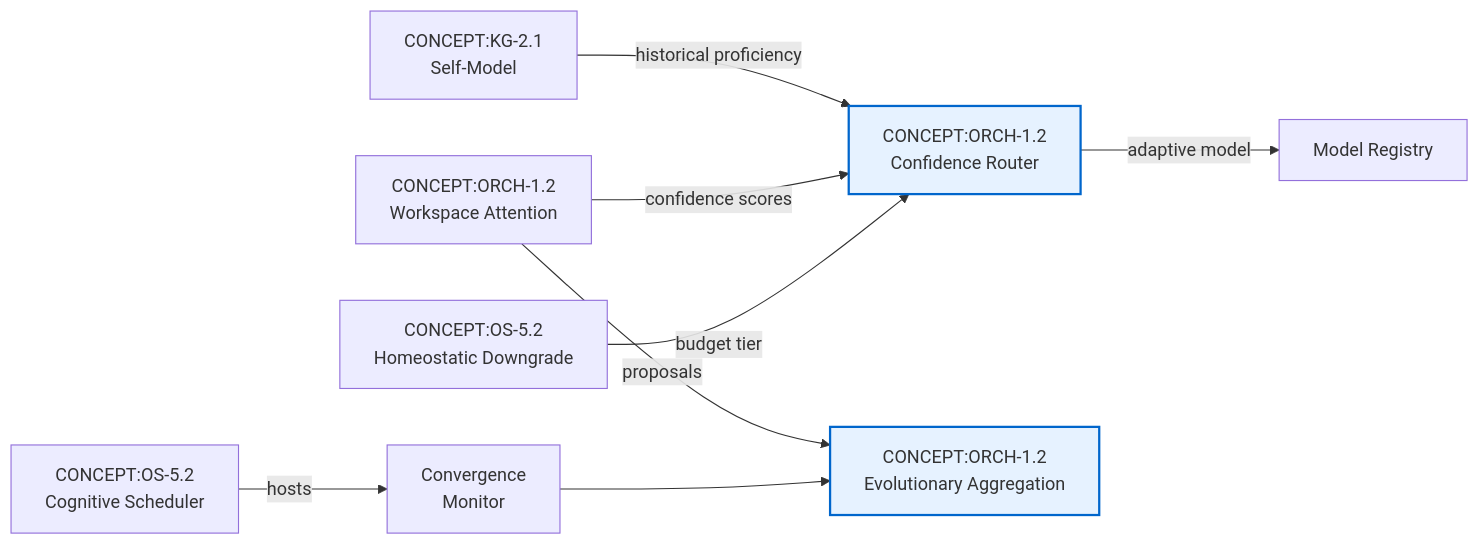
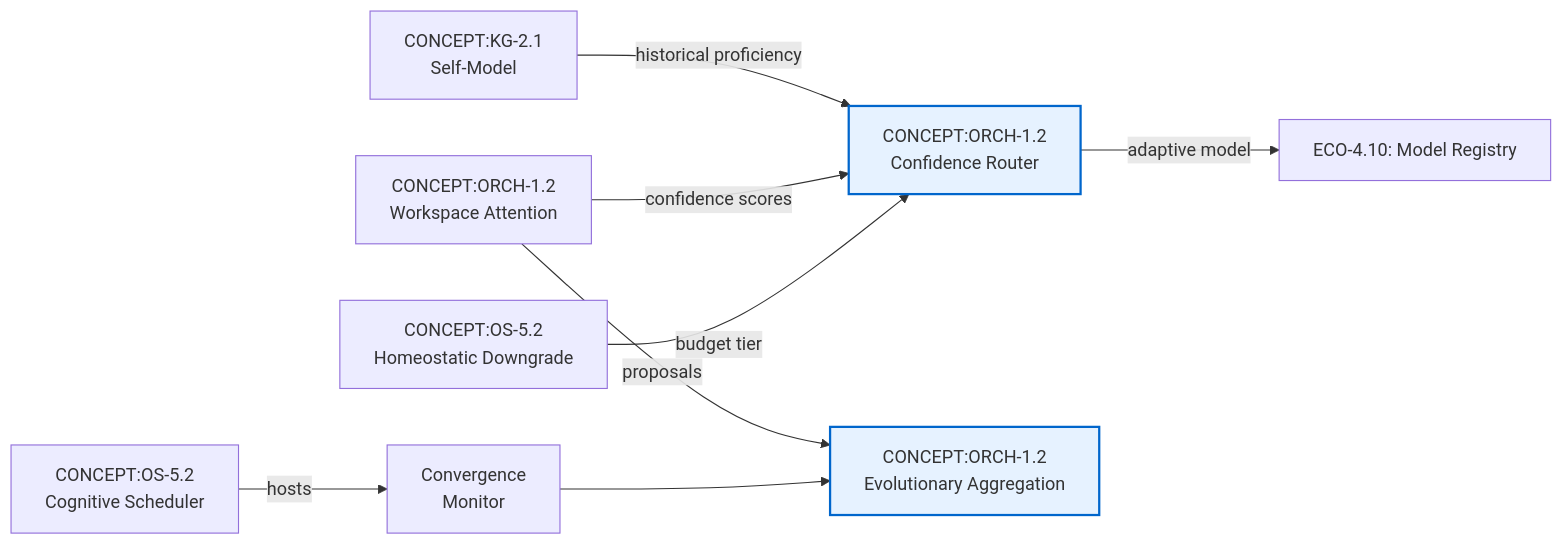
The third of 3 diagrams in docs/guides/squeeze-evolve-routing.md (Knuckles-Team/agent-utilities), drawn with Mermaid before and after one commit. The commit also changed other lines of this file and 325 other files, not shown here.

````diff
--- a/docs/guides/squeeze-evolve-routing.md
+++ b/docs/guides/squeeze-evolve-routing.md
@@ -181,13 +181,13 @@
 ```mermaid
 graph LR
     AU016[CONCEPT:KG-2.1<br/>Self-Model] -->|historical proficiency| AU039
     AU017[CONCEPT:ORCH-1.2<br/>Workspace Attention] -->|confidence scores| AU039[CONCEPT:ORCH-1.2<br/>Confidence Router]
     AU017 -->|proposals| AU040[CONCEPT:ORCH-1.2<br/>Evolutionary Aggregation]
     AU033[CONCEPT:OS-5.2<br/>Homeostatic Downgrade] -->|budget tier| AU039
     AU030[CONCEPT:OS-5.2<br/>Cognitive Scheduler] -->|hosts| CM[Convergence<br/>Monitor]
     CM --> AU040
-    AU039 -->|adaptive model| REG[Model Registry]
+    AU039 -->|adaptive model| REG[ECO-4.10: Model Registry]
 
     style AU039 fill:#e6f2ff,stroke:#0066cc,stroke-width:2px
     style AU040 fill:#e6f2ff,stroke:#0066cc,stroke-width:2px
 ```
````
